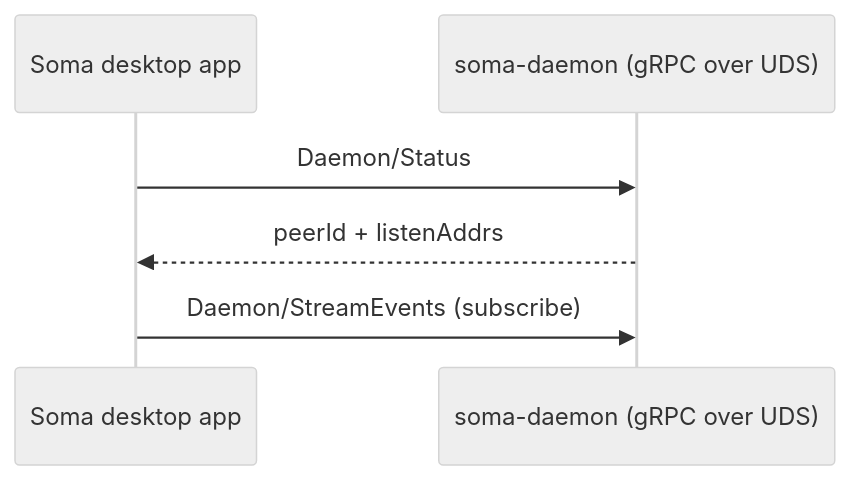
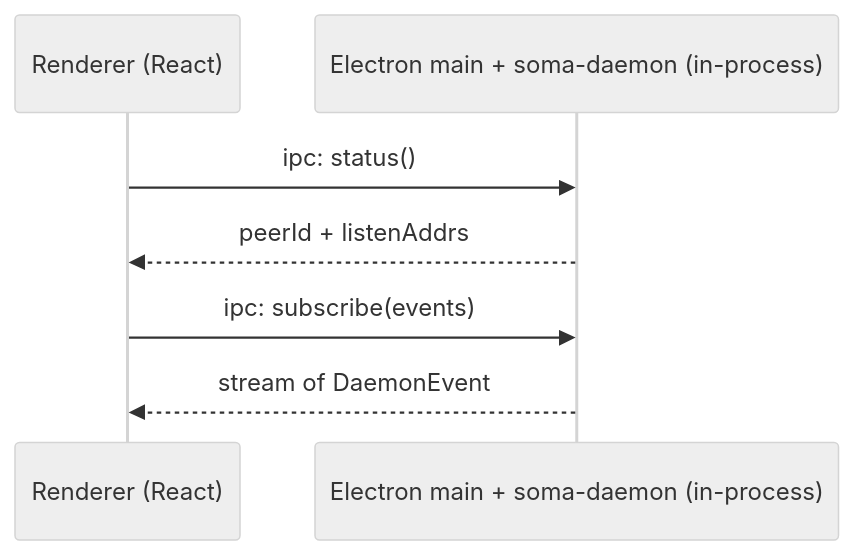
The first of 4 diagrams in docs/src/architecture/e2e-flows.md (stephane-segning/soma), drawn with Mermaid (neutral theme) before and after one commit. The commit also changed other lines of this file and 142 other files, not shown here.

````diff
--- a/docs/src/architecture/e2e-flows.md
+++ b/docs/src/architecture/e2e-flows.md
@@ -13,9 +20,10 @@
 ```mermaid
 sequenceDiagram
-  participant UI as Soma desktop app
-  participant Daemon as soma-daemon (gRPC over UDS)
+  participant R as Renderer (React)
+  participant M as Electron main + soma-daemon (in-process)
 
-  UI->>Daemon: Daemon/Status
-  Daemon-->>UI: peerId + listenAddrs
-  UI->>Daemon: Daemon/StreamEvents (subscribe)
+  R->>M: ipc: status()
+  M-->>R: peerId + listenAddrs
+  R->>M: ipc: subscribe(events)
+  M-->>R: stream of DaemonEvent
 ```
````
